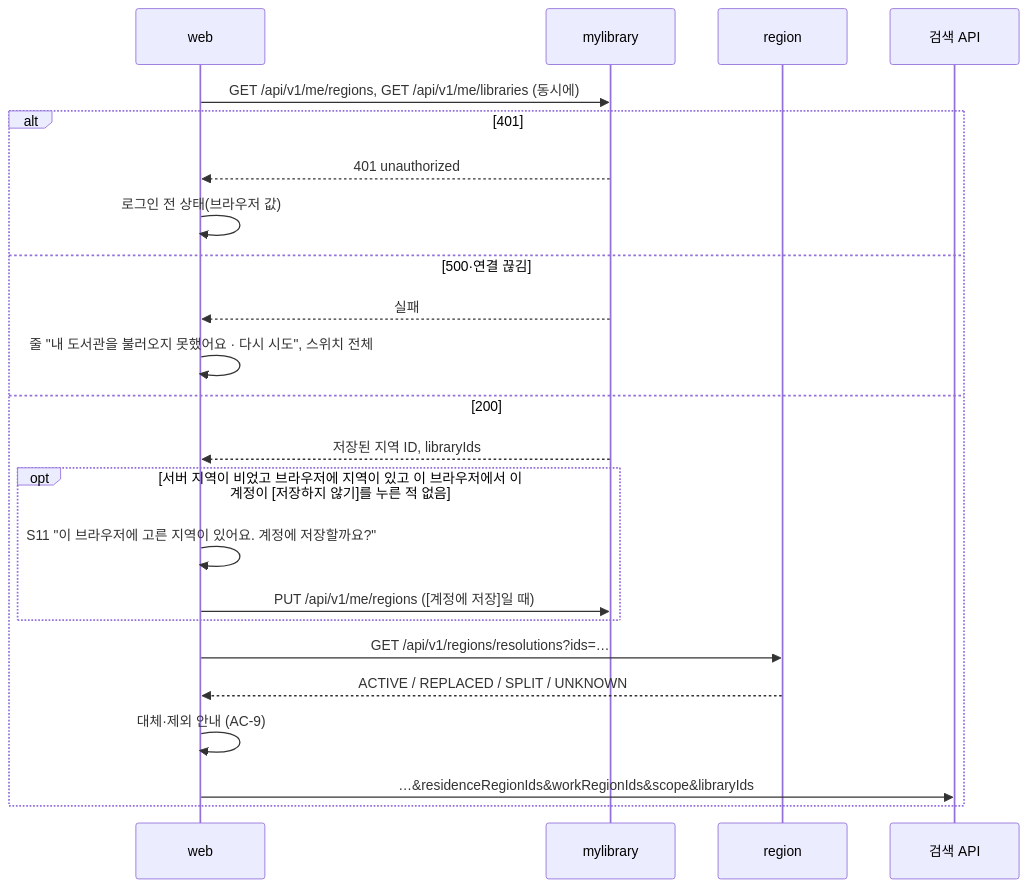
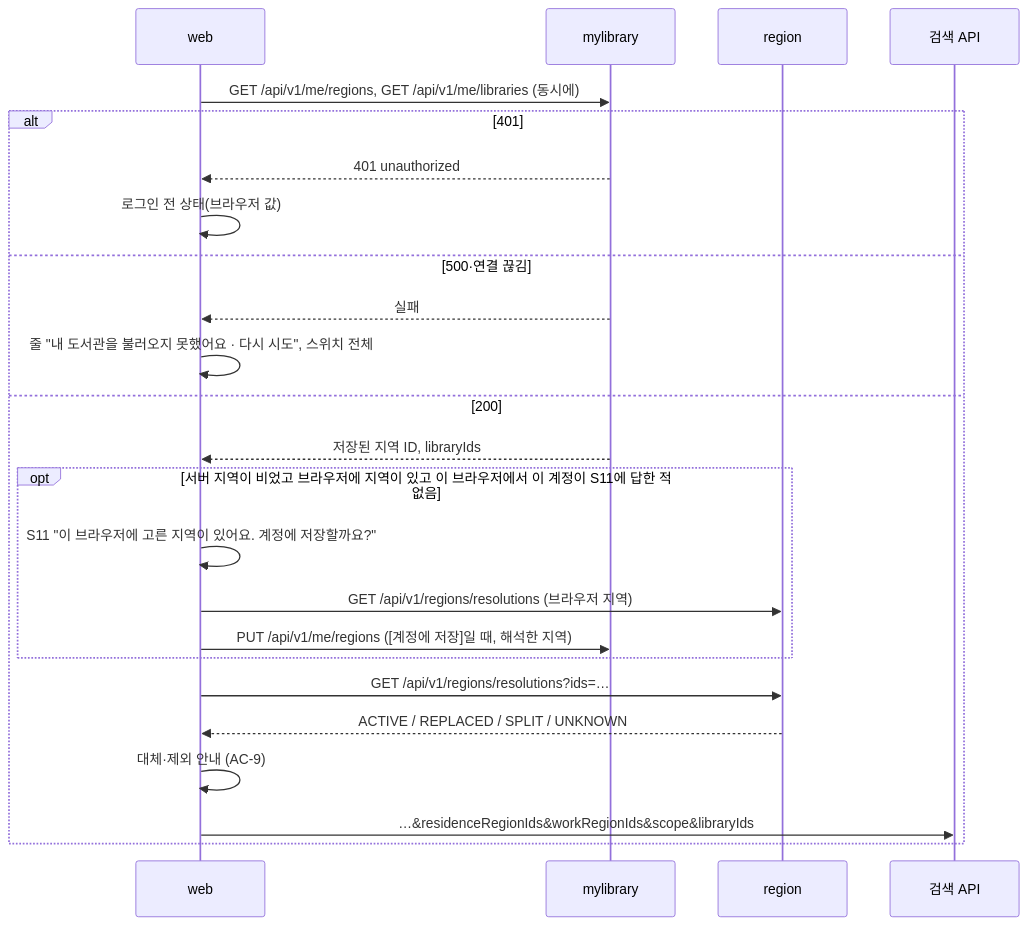
The second of 6 diagrams in docs/cycles/06-my-libraries/design-delta.md (hodu-sketch/chaekcheck-plan), drawn with Mermaid before and after one commit. The commit also changed other lines of this file and 19 other files, not shown here.

````diff
--- a/docs/cycles/06-my-libraries/design-delta.md
+++ b/docs/cycles/06-my-libraries/design-delta.md
@@ -45,25 +45,26 @@
 ```mermaid
 sequenceDiagram
   participant W as web
   participant M as mylibrary
   participant R as region
   participant S as 검색 API
   W->>M: GET /api/v1/me/regions, GET /api/v1/me/libraries (동시에)
   alt 401
     M-->>W: 401 unauthorized
     W->>W: 로그인 전 상태(브라우저 값)
   else 500·연결 끊김
     M-->>W: 실패
     W->>W: 줄 "내 도서관을 불러오지 못했어요 · 다시 시도", 스위치 전체
   else 200
     M-->>W: 저장된 지역 ID, libraryIds
-    opt 서버 지역이 비었고 브라우저에 지역이 있고 이 브라우저에서 이 계정이 [저장하지 않기]를 누른 적 없음
+    opt 서버 지역이 비었고 브라우저에 지역이 있고 이 브라우저에서 이 계정이 S11에 답한 적 없음
       W->>W: S11 "이 브라우저에 고른 지역이 있어요. 계정에 저장할까요?"
-      W->>M: PUT /api/v1/me/regions ([계정에 저장]일 때)
+      W->>R: GET /api/v1/regions/resolutions (브라우저 지역)
+      W->>M: PUT /api/v1/me/regions ([계정에 저장]일 때, 해석한 지역)
     end
     W->>R: GET /api/v1/regions/resolutions?ids=…
     R-->>W: ACTIVE / REPLACED / SPLIT / UNKNOWN
     W->>W: 대체·제외 안내 (AC-9)
     W->>S: …&residenceRegionIds&workRegionIds&scope&libraryIds
   end
 ```
````
